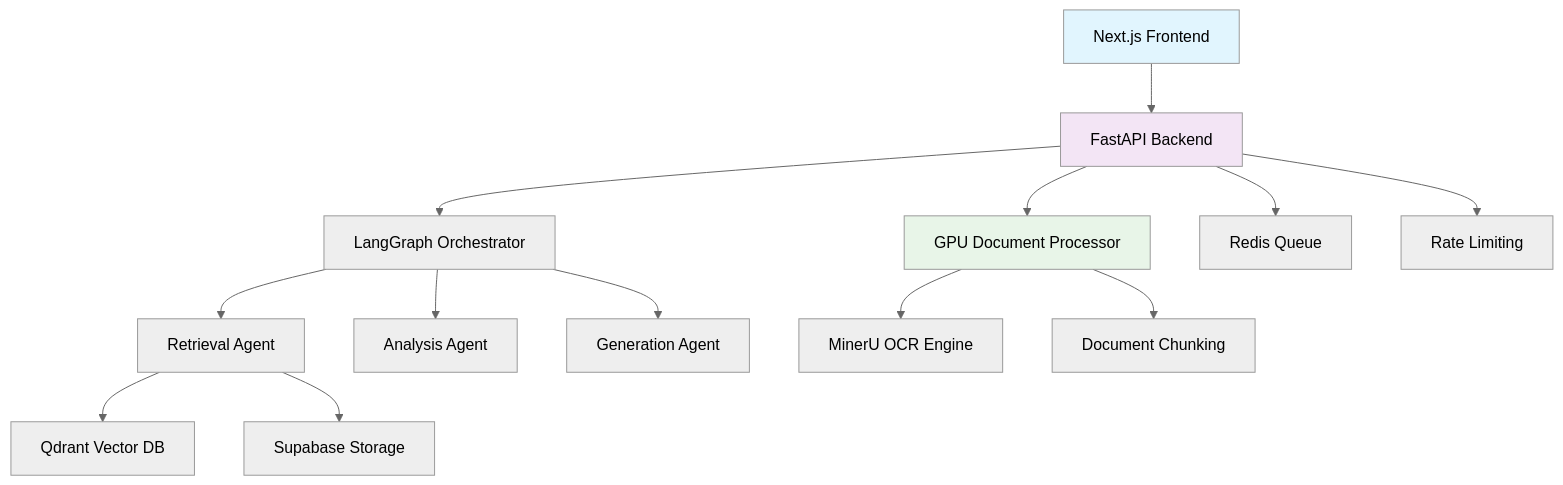
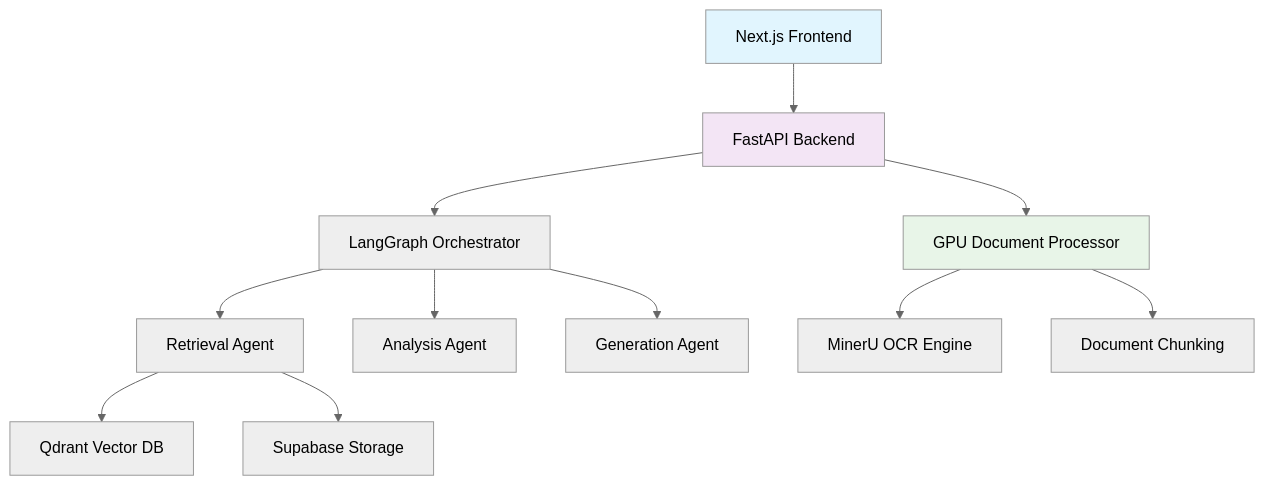
The diagram in docs/architecture.md (StephaneWamba/finlens), drawn with Mermaid (neutral theme) before and after one commit. The commit also changed other lines of this file and 61 other files, not shown here.

````diff
--- a/docs/architecture.md
+++ b/docs/architecture.md
@@ -7,22 +7,19 @@
 ```mermaid
 graph TB
     A[Next.js Frontend] --> B[FastAPI Backend]
     B --> C[LangGraph Orchestrator]
     C --> D[Retrieval Agent]
     C --> E[Analysis Agent]
     C --> F[Generation Agent]
 
     D --> G[Qdrant Vector DB]
     D --> H[Supabase Storage]
 
     B --> I[GPU Document Processor]
     I --> J[MinerU OCR Engine]
     I --> K[Document Chunking]
 
-    B --> L[Redis Queue]
-    B --> M[Rate Limiting]
-
     style A fill:#e1f5fe
     style B fill:#f3e5f5
     style I fill:#e8f5e8
 ```
````
